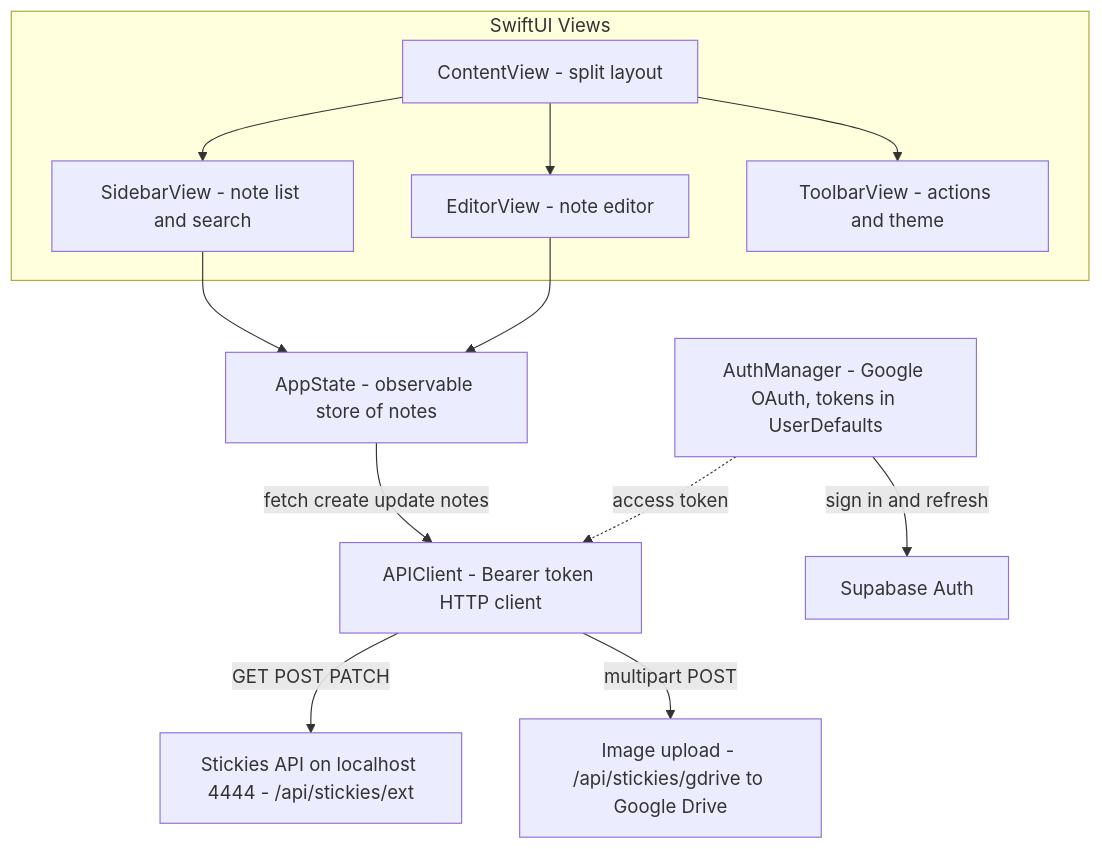
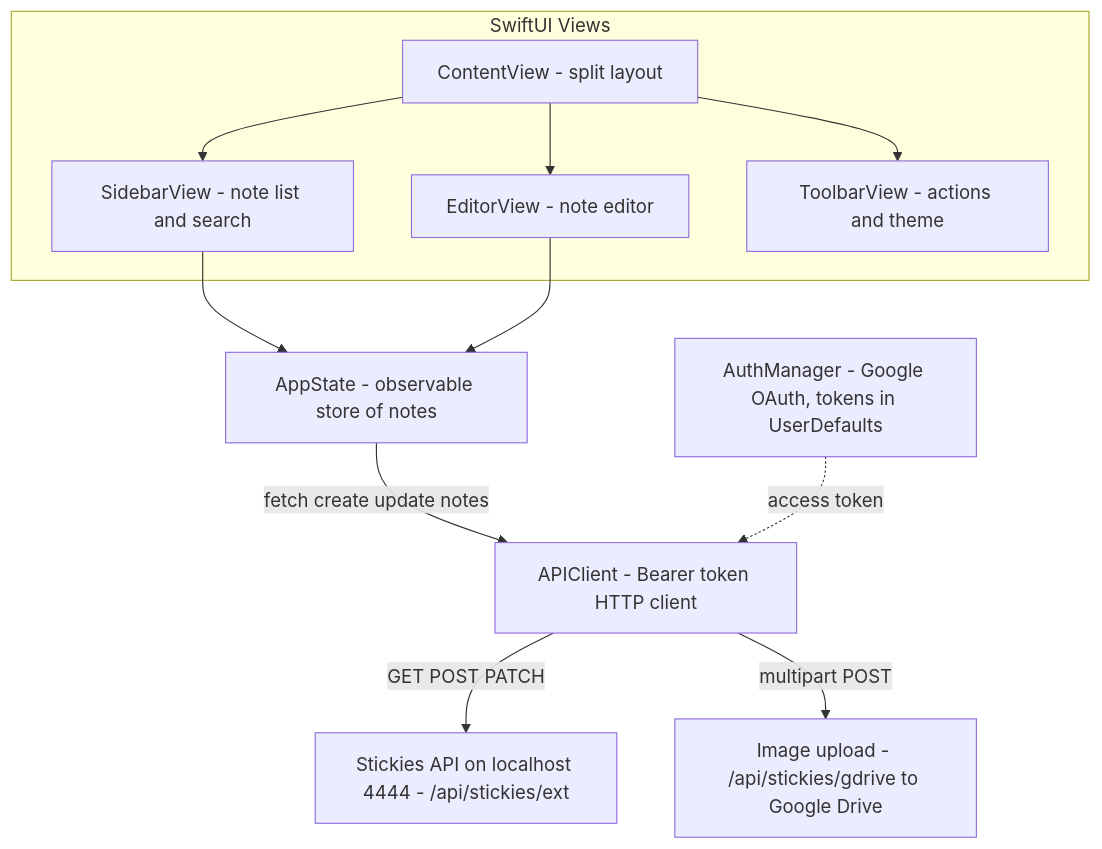
Before and after one commit to bunlongheng/stickies-native: the diagram in README.md, drawn with Mermaid. The commit also changed other lines of this file, not shown here.

Commit message:
Remove stale Supabase Auth reference from README

````diff
--- a/README.md
+++ b/README.md
@@ -5,26 +5,24 @@
 ```mermaid
 flowchart TD
     subgraph UI["SwiftUI Views"]
         CV["ContentView - split layout"]
         SB["SidebarView - note list and search"]
         ED["EditorView - note editor"]
         TB["ToolbarView - actions and theme"]
     end
     AS["AppState - observable store of notes"]
     AM["AuthManager - Google OAuth, tokens in UserDefaults"]
     AC["APIClient - Bearer token HTTP client"]
     EXT["Stickies API on localhost 4444 - /api/stickies/ext"]
     GD["Image upload - /api/stickies/gdrive to Google Drive"]
-    SUPA["Supabase Auth"]
 
     CV --> SB
     CV --> ED
     CV --> TB
     SB --> AS
     ED --> AS
     AS -->|fetch create update notes| AC
     AC -->|GET POST PATCH| EXT
     AC -->|multipart POST| GD
-    AM -->|sign in and refresh| SUPA
     AM -.->|access token| AC
 ```
````
